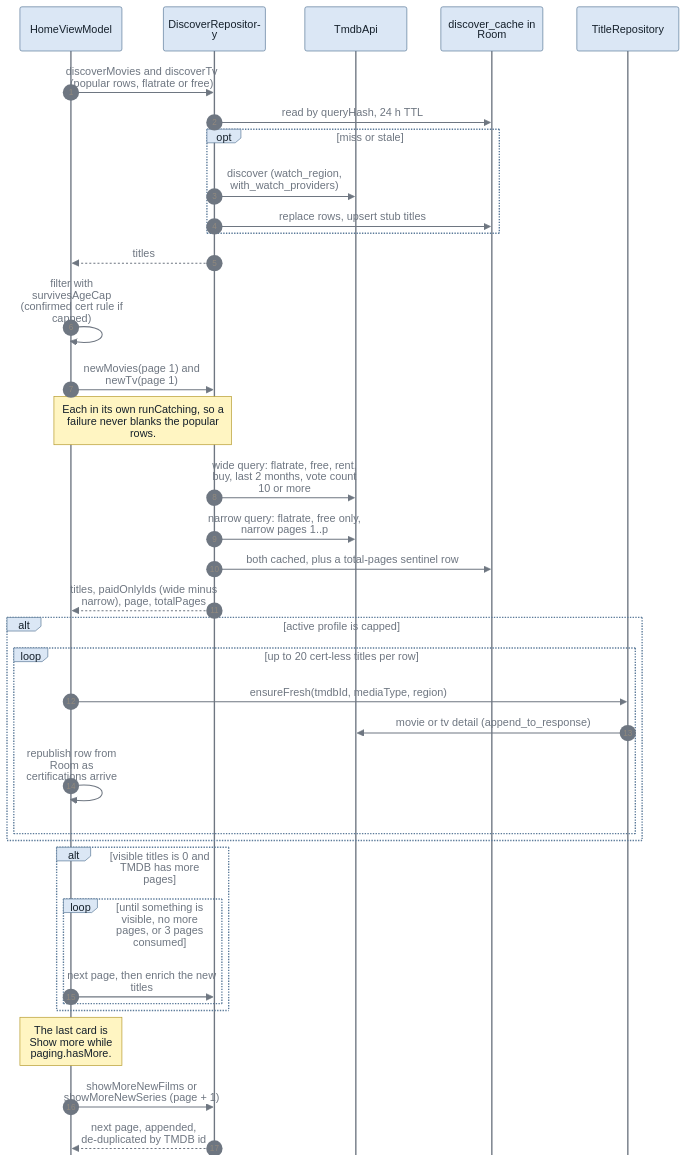
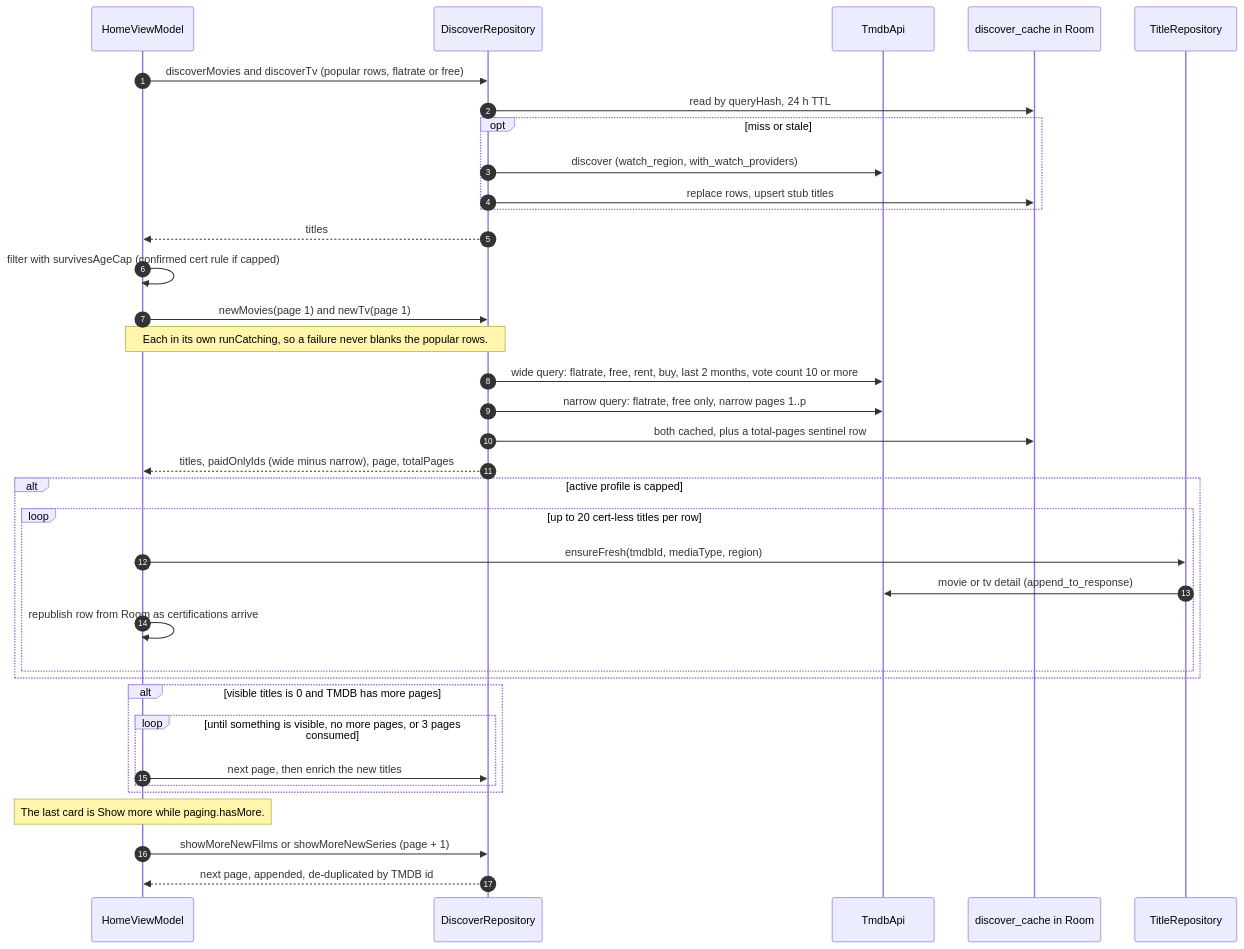
Before and after one commit to kevclark/familyWatchList: the ninth of 10 diagrams in docs/ARCHITECTURE.md, drawn with Mermaid. The commit also changed other lines of this file, not shown here.

First line of the commit message:
docs: drop Mermaid init directive that broke GitHub rendering

````diff
--- a/docs/ARCHITECTURE.md
+++ b/docs/ARCHITECTURE.md
@@ -539,44 +531,43 @@
 ```mermaid
-%%{init: {'theme':'base','themeVariables':{'primaryColor':'#dbe7f5','primaryTextColor':'#15202b','primaryBorderColor':'#5b7a99','secondaryColor':'#eef2f6','tertiaryColor':'#f6f8fa','lineColor':'#6e7681','textColor':'#6e7681','attributeBackgroundColorOdd':'#f3f6fa','attributeBackgroundColorEven':'#e4ebf3','signalColor':'#6e7681','signalTextColor':'#6e7681','loopTextColor':'#6e7681','labelTextColor':'#15202b','actorLineColor':'#6e7681','noteBkgColor':'#fff5c2','noteTextColor':'#15202b','noteBorderColor':'#b59a2c','clusterBkg':'#eef2f6','clusterBorder':'#5b7a99'},'sequence':{'mirrorActors':false,'wrap':true,'width':150,'messageMargin':30,'actorFontSize':15,'messageFontSize':14,'noteFontSize':13}}}%%
 sequenceDiagram
     autonumber
     participant HVM as HomeViewModel
     participant DR as DiscoverRepository
     participant TMDB as TmdbApi
     participant Cache as discover_cache in Room
     participant TR as TitleRepository
 
     HVM->>DR: discoverMovies and discoverTv (popular rows, flatrate or free)
     DR->>Cache: read by queryHash, 24 h TTL
     opt miss or stale
         DR->>TMDB: discover (watch_region, with_watch_providers)
         DR->>Cache: replace rows, upsert stub titles
     end
     DR-->>HVM: titles
     HVM->>HVM: filter with survivesAgeCap (confirmed cert rule if capped)
 
     HVM->>DR: newMovies(page 1) and newTv(page 1)
     Note over HVM,DR: Each in its own runCatching, so a failure never blanks the popular rows.
     DR->>TMDB: wide query: flatrate, free, rent, buy, last 2 months, vote count 10 or more
     DR->>TMDB: narrow query: flatrate, free only, narrow pages 1..p
     DR->>Cache: both cached, plus a total-pages sentinel row
     DR-->>HVM: titles, paidOnlyIds (wide minus narrow), page, totalPages
 
     alt active profile is capped
         loop up to 20 cert-less titles per row
             HVM->>TR: ensureFresh(tmdbId, mediaType, region)
             TR->>TMDB: movie or tv detail (append_to_response)
             HVM->>HVM: republish row from Room as certifications arrive
         end
     end
 
     alt visible titles is 0 and TMDB has more pages
         loop until something is visible, no more pages, or 3 pages consumed
             HVM->>DR: next page, then enrich the new titles
         end
     end
 
     Note over HVM: The last card is Show more while paging.hasMore.
     HVM->>DR: showMoreNewFilms or showMoreNewSeries (page + 1)
     DR-->>HVM: next page, appended, de-duplicated by TMDB id
 ```
````
